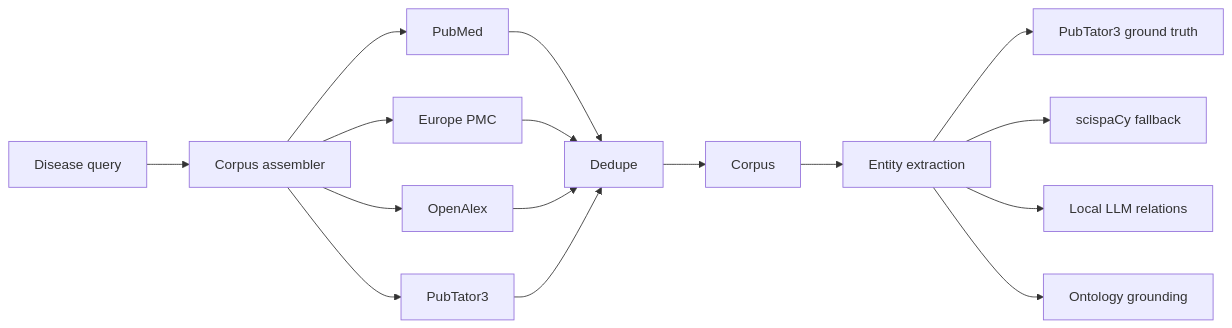
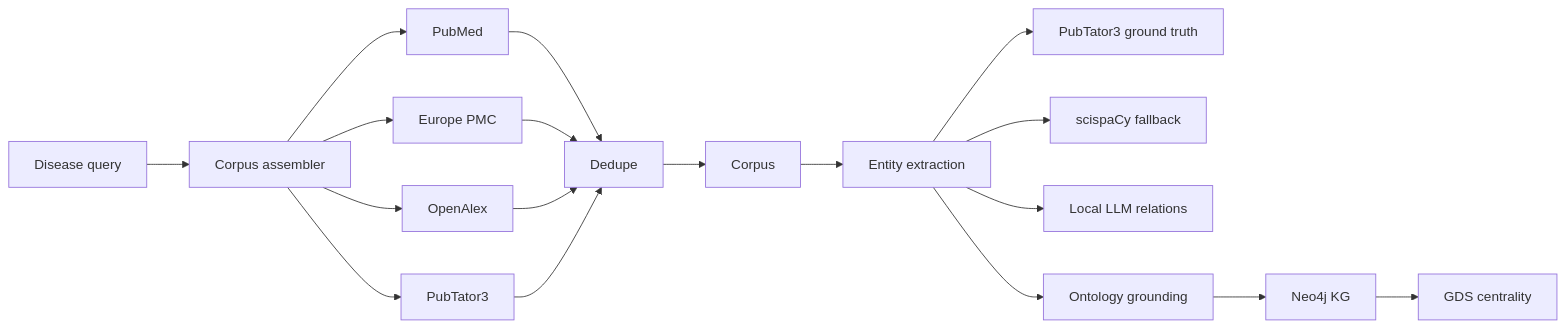
The diagram in docs/architecture.md (lysyloxidase/autonomous-drug-discovery-agent), drawn with Mermaid before and after one commit. The commit also changed other lines of this file and 18 other files, not shown here.

Commit message:
feat: Neo4j knowledge graph — disease-gene-pathway-drug-phenotype schema + APOC batch load + provenance on every edge + GDS PageRank/degree/betweenness centrality (Phase 3)

````diff
--- a/docs/architecture.md
+++ b/docs/architecture.md
@@ -3,18 +3,20 @@
 ```mermaid
 flowchart LR
   Q[Disease query] --> M[Corpus assembler]
   M --> P[PubMed]
   M --> E[Europe PMC]
   M --> O[OpenAlex]
   M --> T[PubTator3]
   P --> D[Dedupe]
   E --> D
   O --> D
   T --> D
   D --> C[Corpus]
   C --> X[Entity extraction]
   X --> PT[PubTator3 ground truth]
   X --> SP[scispaCy fallback]
   X --> LLM[Local LLM relations]
   X --> G[Ontology grounding]
+  G --> KG[Neo4j KG]
+  KG --> CEN[GDS centrality]
 ```
````
